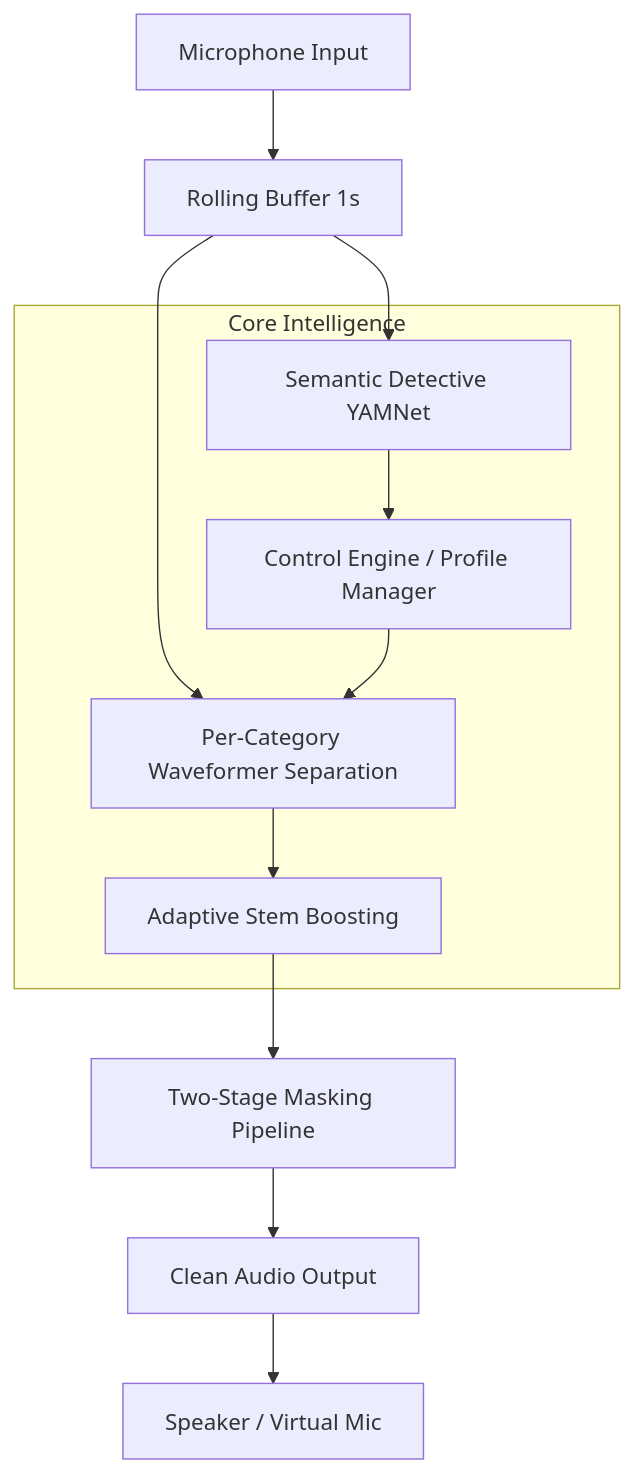
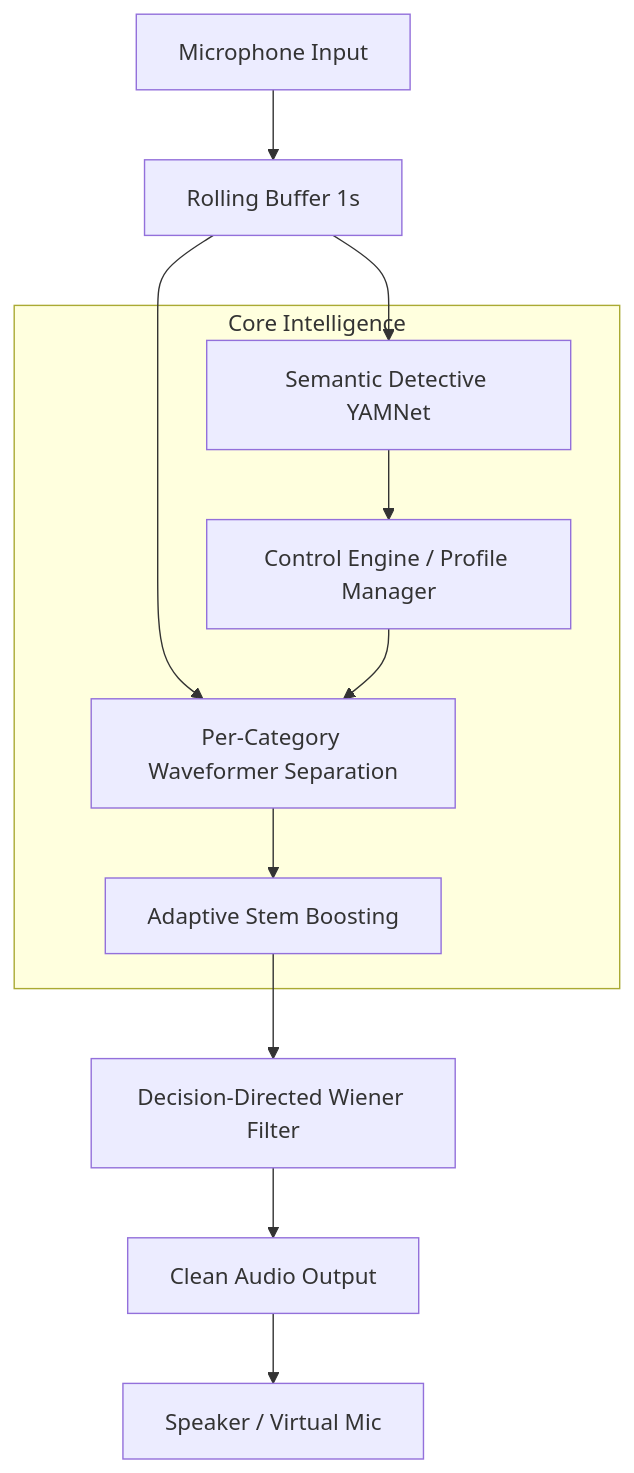
Before and after one commit to mehmetcanozen/TSEBP2025: the diagram in docs/project/architecture/overview.md, drawn with Mermaid. The commit also changed 193 other files, not shown here.

````diff
--- a/docs/project/architecture/overview.md
+++ b/docs/project/architecture/overview.md
@@ -7,19 +7,19 @@
 ```mermaid
 graph TD
     Mic[Microphone Input] --> Buff[Rolling Buffer 1s]
     Buff --> Det[Semantic Detective YAMNet]
     Buff --> Sep[Per-Category Waveformer Separation]
     Det --> Ctrl[Control Engine / Profile Manager]
     Ctrl --> Sep
     Sep --> Boost[Adaptive Stem Boosting]
-    Boost --> Agg[Two-Stage Masking Pipeline]
+    Boost --> Agg[Decision-Directed Wiener Filter]
     Agg --> Clean[Clean Audio Output]
     Clean --> Speaker[Speaker / Virtual Mic]
 
     subgraph "Core Intelligence"
         Det
         Sep
         Boost
         Ctrl
     end
 ```
````
